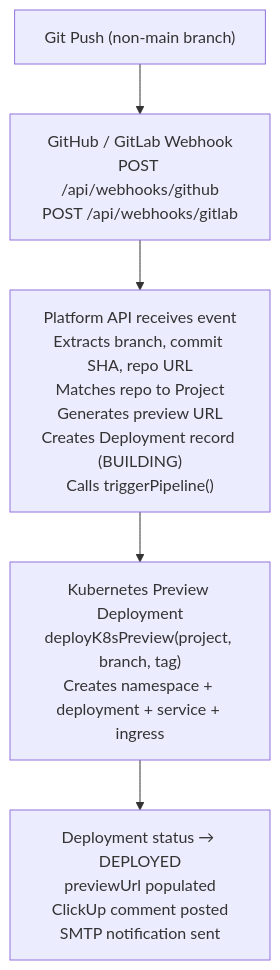
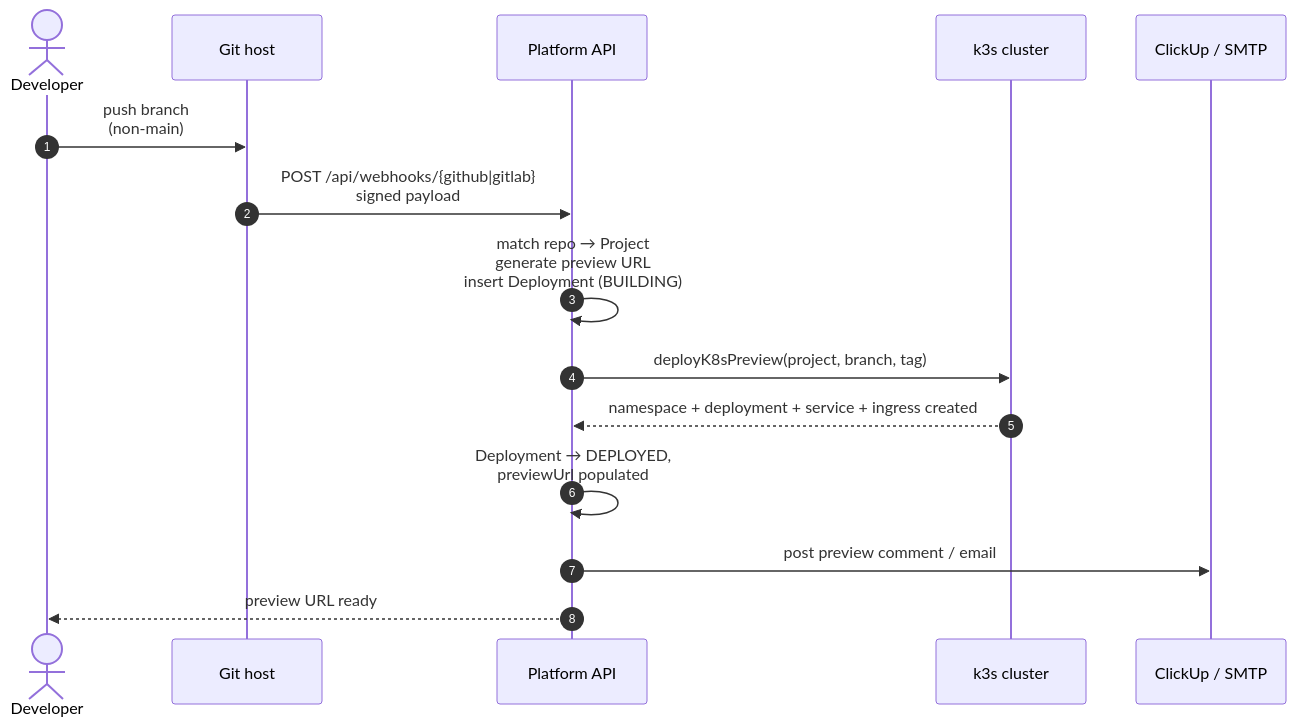
Before and after one commit to Mpratyush54/server-automation: the first of 2 diagrams in docs/guides/preview-environments.md, drawn with Mermaid. The commit also changed other lines of this file and 72 other files, not shown here.

````diff
--- a/docs/guides/preview-environments.md
+++ b/docs/guides/preview-environments.md
@@ -9,13 +11,18 @@
 ```mermaid
-graph TB
-    Git["Git Push (non-main branch)"]
-    Webhook["GitHub / GitLab Webhook<br/>POST /api/webhooks/github<br/>POST /api/webhooks/gitlab"]
-    API["Platform API receives event<br/>Extracts branch, commit SHA, repo URL<br/>Matches repo to Project<br/>Generates preview URL<br/>Creates Deployment record (BUILDING)<br/>Calls triggerPipeline()"]
-    K8s["Kubernetes Preview Deployment<br/>deployK8sPreview(project, branch, tag)<br/>Creates namespace + deployment + service + ingress"]
-    Deployed["Deployment status → DEPLOYED<br/>previewUrl populated<br/>ClickUp comment posted<br/>SMTP notification sent"]
+sequenceDiagram
+    autonumber
+    actor Dev as Developer
+    participant Git as Git host
+    participant API as Platform API
+    participant K8s as k3s cluster
+    participant CU as ClickUp / SMTP
 
-    Git --> Webhook
-    Webhook --> API
-    API --> K8s
-    K8s --> Deployed
+    Dev->>Git: push branch<br/>(non-main)
+    Git->>API: POST /api/webhooks/{github|gitlab}<br/>signed payload
+    API->>API: match repo → Project<br/>generate preview URL<br/>insert Deployment (BUILDING)
+    API->>K8s: deployK8sPreview(project, branch, tag)
+    K8s-->>API: namespace + deployment + service + ingress created
+    API->>API: Deployment → DEPLOYED,<br/>previewUrl populated
+    API->>CU: post preview comment / email
+    API-->>Dev: preview URL ready
 ```
````
